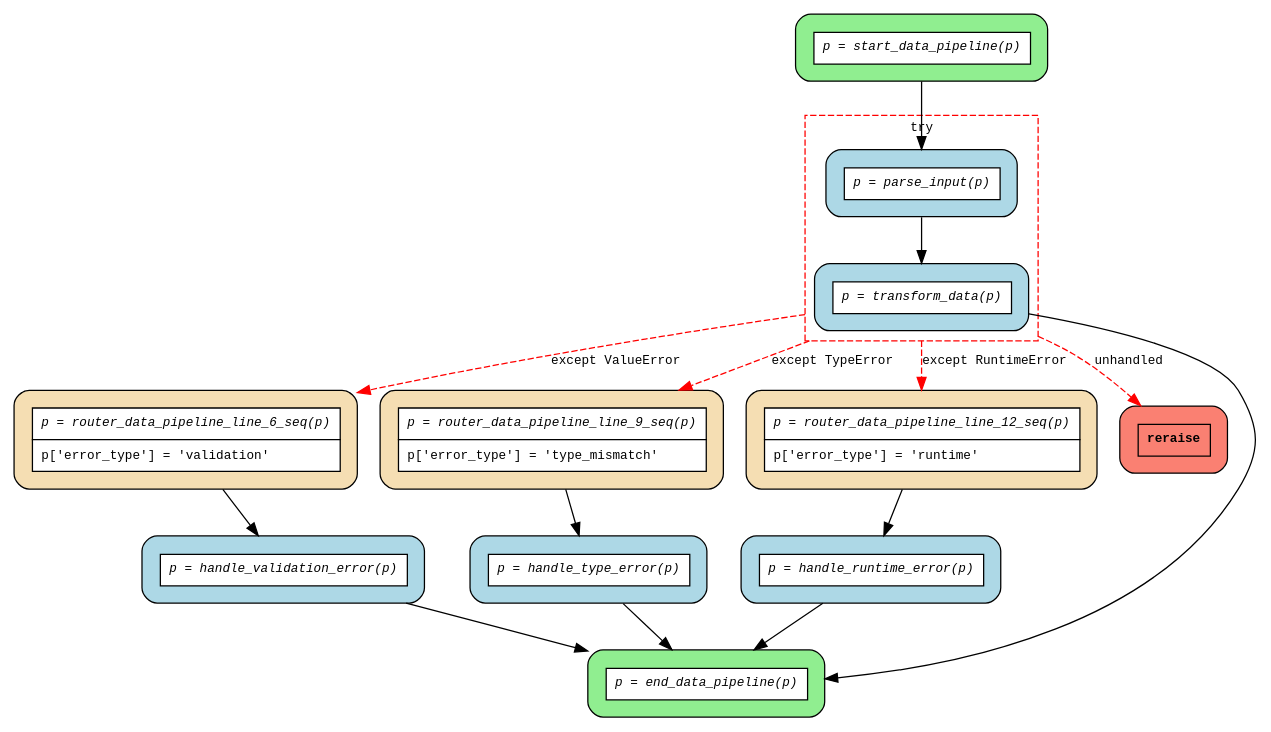
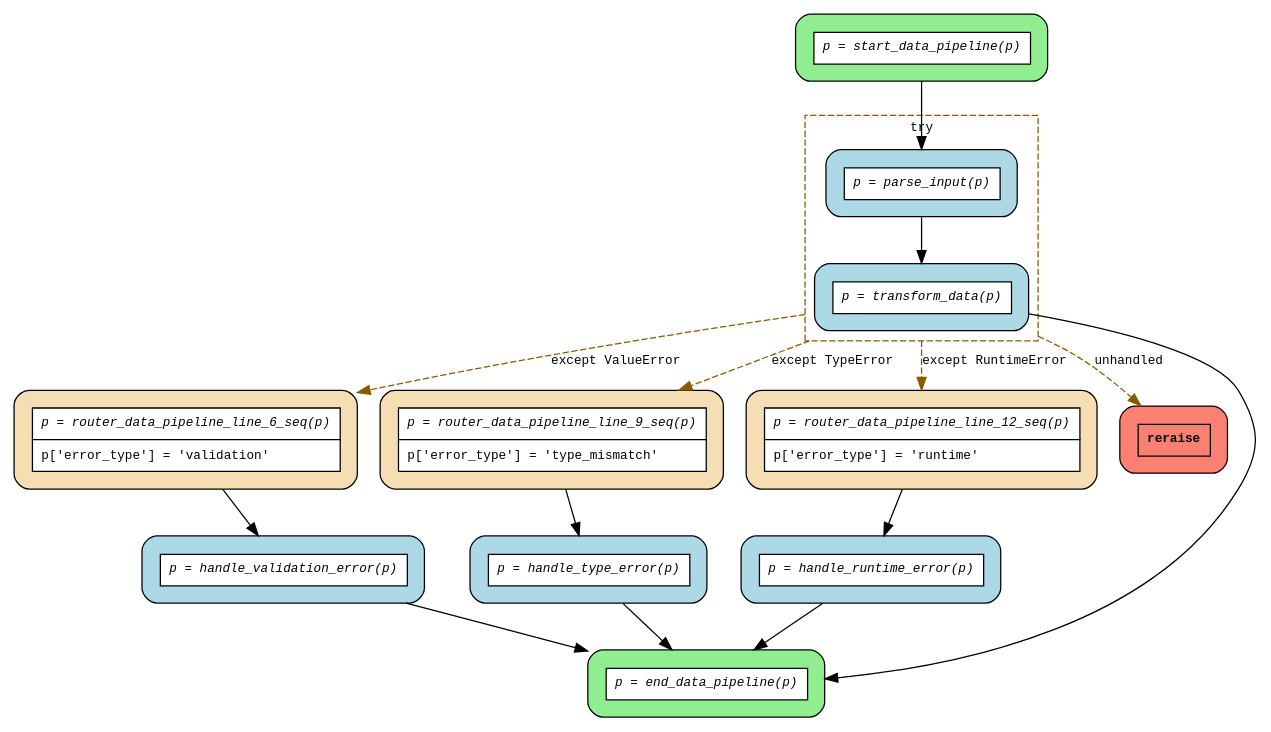
Before and after one commit to deliveryhero/asya: the diagram in examples/flows/compiled/try_except_multiple_handlers/flow.dot, drawn with Graphviz. The commit also changed 9 other files, not shown here.

```diff
--- a/examples/flows/compiled/try_except_multiple_handlers/flow.dot
+++ b/examples/flows/compiled/try_except_multiple_handlers/flow.dot
@@ -1,40 +1,40 @@
 digraph flow {
   rankdir=TB;
   compound=true;
   graph [fontname="Courier", fontsize=10];
   node [fontname="Courier", fontsize=10, shape=box, style="filled,rounded", margin="0.2"];
   edge [fontname="Courier", fontsize=10];
 
   start_data_pipeline [fillcolor="lightgreen", label=<<table border="0" cellspacing="0" cellpadding="6" cellborder="1"><tr><td bgcolor="white" align="center"><i>p = start_data_pipeline(p)</i></td></tr></table>>];
   router_data_pipeline_line_6_seq [fillcolor="wheat", label=<<table border="0" cellspacing="0" cellpadding="6" cellborder="1"><tr><td bgcolor="white" align="center"><i>p = router_data_pipeline_line_6_seq(p)</i></td></tr><tr><td bgcolor="white" align="left">p['error_type'] = 'validation'</td></tr></table>>];
   router_data_pipeline_line_9_seq [fillcolor="wheat", label=<<table border="0" cellspacing="0" cellpadding="6" cellborder="1"><tr><td bgcolor="white" align="center"><i>p = router_data_pipeline_line_9_seq(p)</i></td></tr><tr><td bgcolor="white" align="left">p['error_type'] = 'type_mismatch'</td></tr></table>>];
   router_data_pipeline_line_12_seq [fillcolor="wheat", label=<<table border="0" cellspacing="0" cellpadding="6" cellborder="1"><tr><td bgcolor="white" align="center"><i>p = router_data_pipeline_line_12_seq(p)</i></td></tr><tr><td bgcolor="white" align="left">p['error_type'] = 'runtime'</td></tr></table>>];
   router_data_pipeline_line_2_reraise_0 [fillcolor="salmon", label=<<table border="0" cellspacing="0" cellpadding="6" cellborder="1"><tr><td bgcolor="salmon"><b>reraise</b></td></tr></table>>];
   end_data_pipeline [fillcolor="lightgreen", label=<<table border="0" cellspacing="0" cellpadding="6" cellborder="1"><tr><td bgcolor="white" align="center"><i>p = end_data_pipeline(p)</i></td></tr></table>>];
   handle_runtime_error [fillcolor="lightblue", label=<<table border="0" cellspacing="0" cellpadding="6" cellborder="1"><tr><td bgcolor="white" align="center"><i>p = handle_runtime_error(p)</i></td></tr></table>>];
   handle_type_error [fillcolor="lightblue", label=<<table border="0" cellspacing="0" cellpadding="6" cellborder="1"><tr><td bgcolor="white" align="center"><i>p = handle_type_error(p)</i></td></tr></table>>];
   handle_validation_error [fillcolor="lightblue", label=<<table border="0" cellspacing="0" cellpadding="6" cellborder="1"><tr><td bgcolor="white" align="center"><i>p = handle_validation_error(p)</i></td></tr></table>>];
   subgraph cluster_try_0 {
     style=dashed;
-    color="red";
+    color="orange4";
     fontname="Courier";
     fontsize=10;
     label="try";
     parse_input [fillcolor="lightblue", label=<<table border="0" cellspacing="0" cellpadding="6" cellborder="1"><tr><td bgcolor="white" align="center"><i>p = parse_input(p)</i></td></tr></table>>];
     transform_data [fillcolor="lightblue", label=<<table border="0" cellspacing="0" cellpadding="6" cellborder="1"><tr><td bgcolor="white" align="center"><i>p = transform_data(p)</i></td></tr></table>>];
   }
 
   handle_runtime_error -> end_data_pipeline;
   handle_type_error -> end_data_pipeline;
   handle_validation_error -> end_data_pipeline;
   parse_input -> transform_data;
   router_data_pipeline_line_12_seq -> handle_runtime_error;
   router_data_pipeline_line_6_seq -> handle_validation_error;
   router_data_pipeline_line_9_seq -> handle_type_error;
   start_data_pipeline -> parse_input;
   transform_data -> end_data_pipeline;
-  transform_data -> router_data_pipeline_line_12_seq [ltail=cluster_try_0, color=red, style=dashed, label="except RuntimeError"];
-  transform_data -> router_data_pipeline_line_2_reraise_0 [ltail=cluster_try_0, color=red, style=dashed, label="unhandled"];
-  transform_data -> router_data_pipeline_line_6_seq [ltail=cluster_try_0, color=red, style=dashed, label="except ValueError"];
-  transform_data -> router_data_pipeline_line_9_seq [ltail=cluster_try_0, color=red, style=dashed, label="except TypeError"];
+  transform_data -> router_data_pipeline_line_12_seq [ltail=cluster_try_0, color=orange4, style=dashed, label="except RuntimeError"];
+  transform_data -> router_data_pipeline_line_2_reraise_0 [ltail=cluster_try_0, color=orange4, style=dashed, label="unhandled"];
+  transform_data -> router_data_pipeline_line_6_seq [ltail=cluster_try_0, color=orange4, style=dashed, label="except ValueError"];
+  transform_data -> router_data_pipeline_line_9_seq [ltail=cluster_try_0, color=orange4, style=dashed, label="except TypeError"];
 }
```
